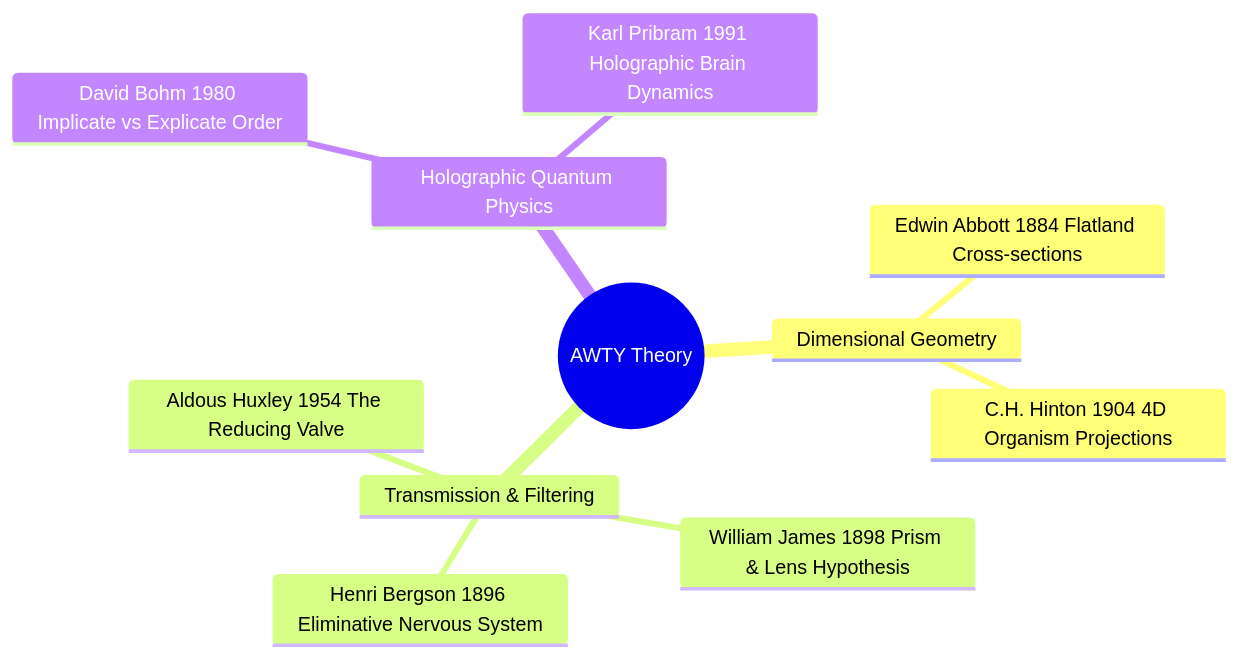
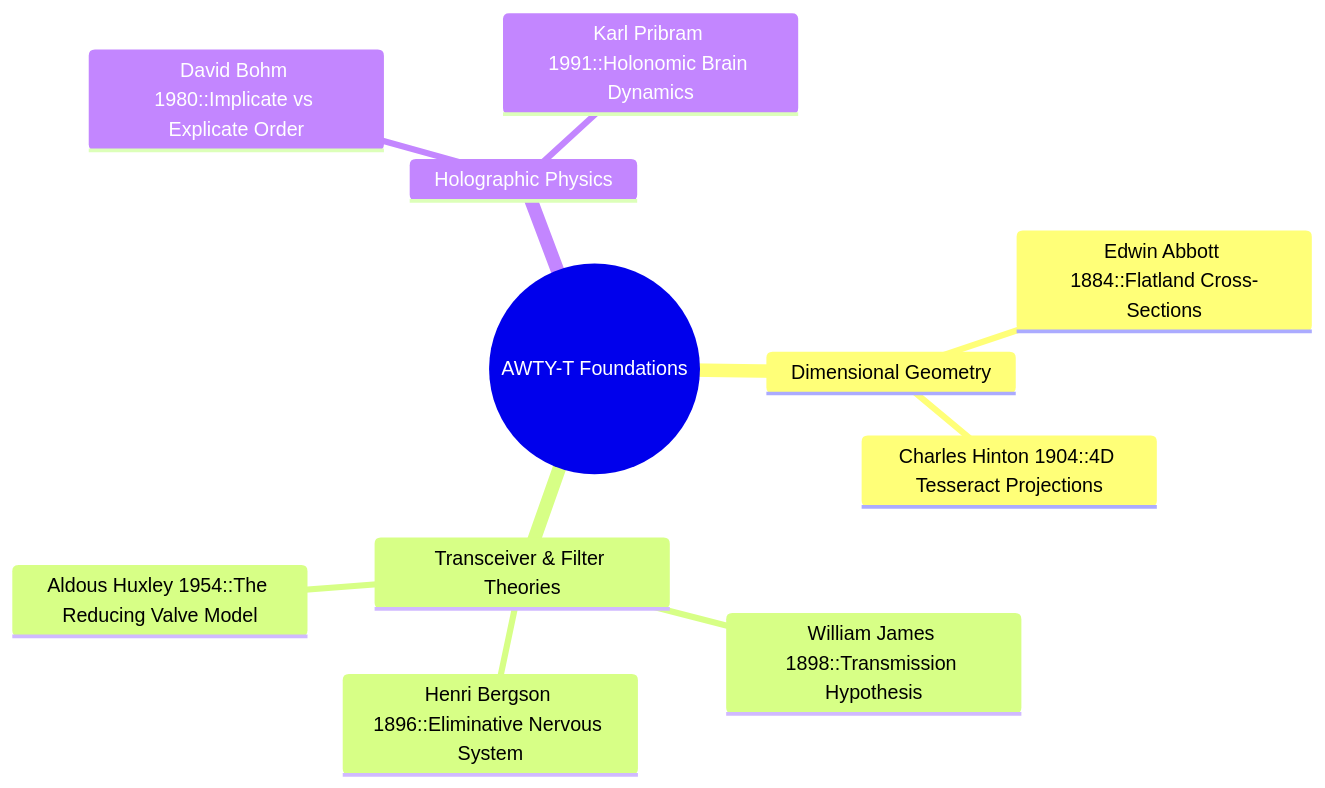
Before and after one commit to netplug-me/urban-octo-nerd: the third of 6 diagrams in are_we_there_yet_theory.md, drawn with Mermaid. The commit also changed other lines of this file, not shown here.

````diff
--- a/are_we_there_yet_theory.md
+++ b/are_we_there_yet_theory.md
@@ -194,14 +158,14 @@
 ```mermaid
 mindmap
-  root((AWTY Theory))
+  root((AWTY-T Foundations))
     Dimensional Geometry
-      Edwin Abbott 1884 Flatland Cross-sections
-      C.H. Hinton 1904 4D Organism Projections
-    Transmission & Filtering
-      William James 1898 Prism & Lens Hypothesis
-      Henri Bergson 1896 Eliminative Nervous System
-      Aldous Huxley 1954 The Reducing Valve
-    Holographic Quantum Physics
-      David Bohm 1980 Implicate vs Explicate Order
-      Karl Pribram 1991 Holographic Brain Dynamics
+      Edwin Abbott 1884::Flatland Cross-Sections
+      Charles Hinton 1904::4D Tesseract Projections
+    Transceiver & Filter Theories
+      William James 1898::Transmission Hypothesis
+      Henri Bergson 1896::Eliminative Nervous System
+      Aldous Huxley 1954::The Reducing Valve Model
+    Holographic Physics
+      David Bohm 1980::Implicate vs Explicate Order
+      Karl Pribram 1991::Holonomic Brain Dynamics
 ```
````
